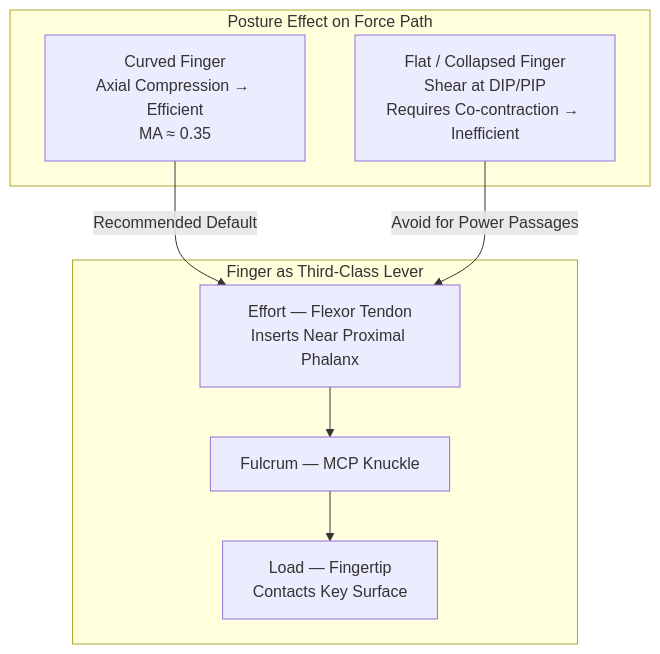
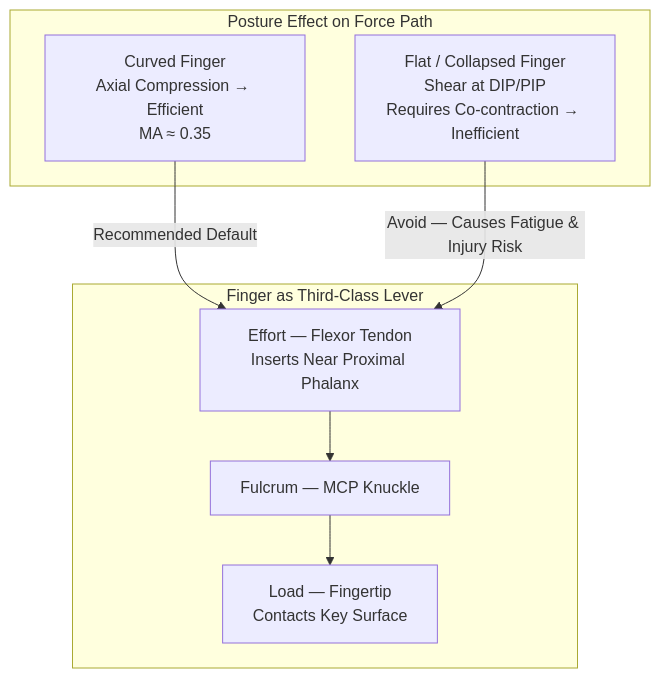
Before and after one commit to blebleblee/synapse: the first of 2 diagrams in topics/arts/music_performance/piano/lesson_02_finger_independence_and_scales.md, drawn with Mermaid. The commit also changed other lines of this file and 4 other files, not shown here.

````diff
--- a/topics/arts/music_performance/piano/lesson_02_finger_independence_and_scales.md
+++ b/topics/arts/music_performance/piano/lesson_02_finger_independence_and_scales.md
@@ -31,16 +31,16 @@
 ```mermaid
 graph TD
     subgraph sub_lever ["Finger as Third-Class Lever"]
         F["Fulcrum — MCP Knuckle"]
         E["Effort — Flexor Tendon\nInserts Near Proximal Phalanx"]
         L["Load — Fingertip\nContacts Key Surface"]
     end
     subgraph sub_posture ["Posture Effect on Force Path"]
         C["Curved Finger\nAxial Compression → Efficient\nMA ≈ 0.35"]
         FL["Flat / Collapsed Finger\nShear at DIP/PIP\nRequires Co-contraction → Inefficient"]
     end
     E --> F
     F --> L
     C -->|"Recommended Default"| E
-    FL -->|"Avoid for Power Passages"| E
+    FL -->|"Avoid — Causes Fatigue & Injury Risk"| E
 ```
````
